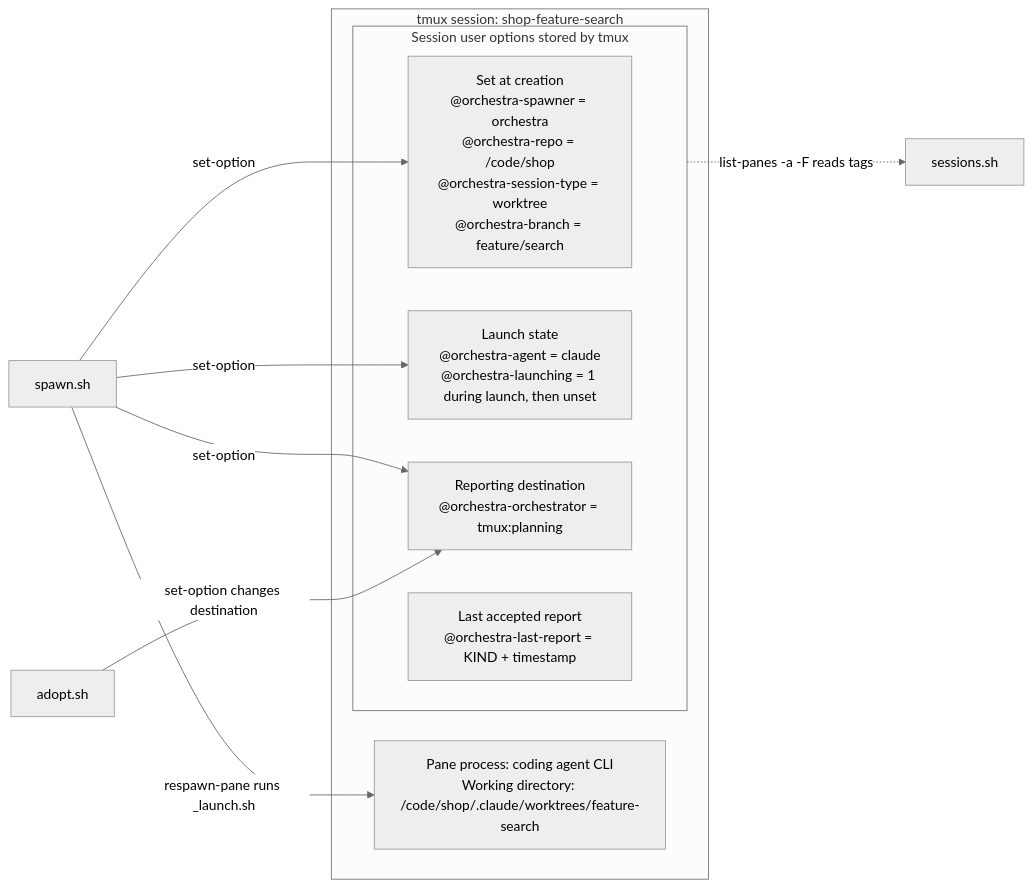
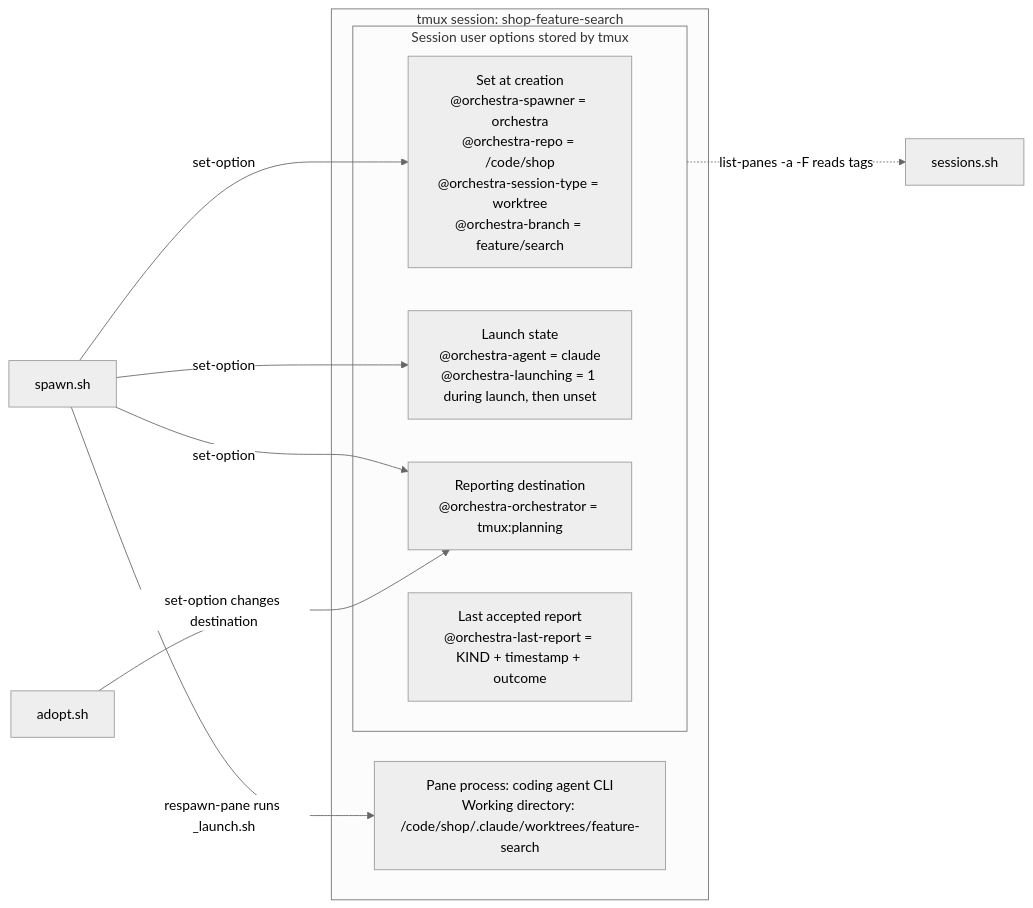
One commit to notaharness/plugins changed the first of 2 diagrams in orchestra/README.md. Above: the diagram before and after it, drawn with Mermaid (neutral theme). The commit also changed other lines of this file and 7 other files, not shown here.

First line of the commit message:
feat(orchestra): deliver reports to a Claude Code orchestrator's inbox socket

````diff
--- a/orchestra/README.md
+++ b/orchestra/README.md
@@ -133,23 +133,23 @@
 ```mermaid
 flowchart LR
     Spawn["spawn.sh"]
     Adopt["adopt.sh"]
     List["sessions.sh"]
 
     subgraph Session["tmux session: shop-feature-search"]
         subgraph Options["Session user options stored by tmux"]
             Identity["Set at creation<br/>@orchestra-spawner = orchestra<br/>@orchestra-repo = /code/shop<br/>@orchestra-session-type = worktree<br/>@orchestra-branch = feature/search"]
             Runtime["Launch state<br/>@orchestra-agent = claude<br/>@orchestra-launching = 1 during launch, then unset"]
             Target["Reporting destination<br/>@orchestra-orchestrator = tmux:planning"]
-            Reports["Last accepted report<br/>@orchestra-last-report = KIND + timestamp"]
+            Reports["Last accepted report<br/>@orchestra-last-report = KIND + timestamp + outcome"]
         end
         Pane["Pane process: coding agent CLI<br/>Working directory: /code/shop/.claude/worktrees/feature-search"]
     end
 
     Spawn -->|set-option| Identity
     Spawn -->|set-option| Runtime
     Spawn -->|set-option| Target
     Spawn -->|respawn-pane runs _launch.sh| Pane
     Adopt -->|set-option changes destination| Target
     Options -.->|list-panes -a -F reads tags| List
 ```
````
